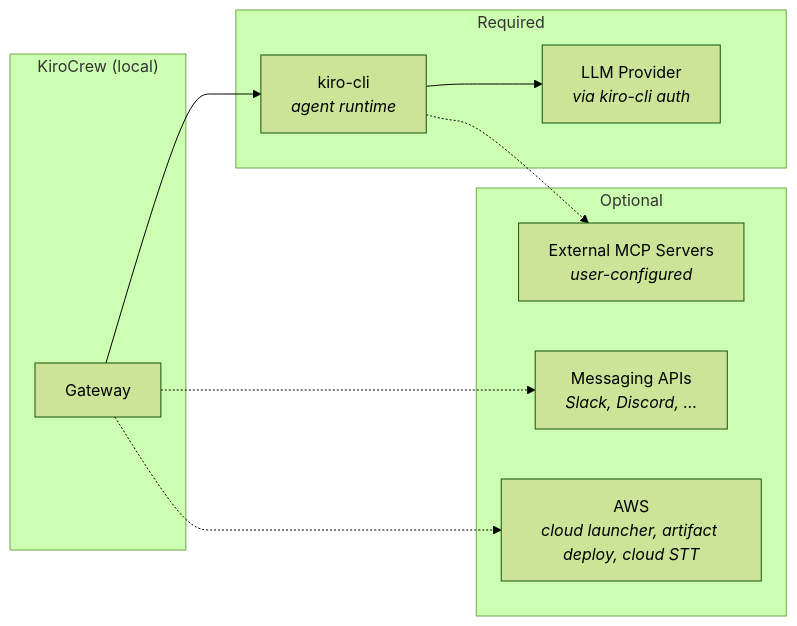
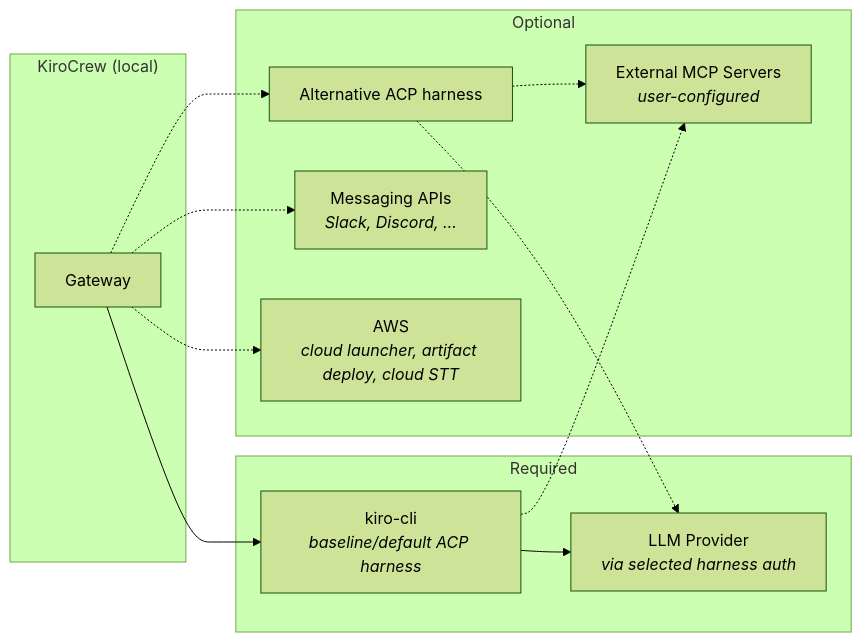
One commit to kirodotdev/KiroCrew changed the eighth of 9 diagrams in docs/architecture/overview.md. Above: the diagram before and after it, drawn with Mermaid (forest theme). The commit also changed other lines of this file and 264 other files, not shown here.

````diff
--- a/docs/architecture/overview.md
+++ b/docs/architecture/overview.md
@@ -589,23 +597,27 @@
 ```mermaid
 graph LR
     subgraph "KiroCrew (local)"
         GW2[Gateway]
     end
 
     subgraph "Required"
-        KIRO[kiro-cli<br/><i>agent runtime</i>]
-        LLM2[LLM Provider<br/><i>via kiro-cli auth</i>]
+        KIRO[kiro-cli<br/><i>baseline/default ACP harness</i>]
+        LLM2[LLM Provider<br/><i>via selected harness auth</i>]
     end
 
     subgraph "Optional"
+        ACP_ALT[Alternative ACP harness]
         CHAN_API[Messaging APIs<br/><i>Slack, Discord, …</i>]
         MCP_EXT[External MCP Servers<br/><i>user-configured</i>]
         AWS[AWS<br/><i>cloud launcher, artifact deploy, cloud STT</i>]
     end
 
     GW2 --> KIRO
+    GW2 -.-> ACP_ALT
     KIRO --> LLM2
+    ACP_ALT -.-> LLM2
     GW2 -.-> CHAN_API
     KIRO -.-> MCP_EXT
+    ACP_ALT -.-> MCP_EXT
     GW2 -.-> AWS
 ```
````
